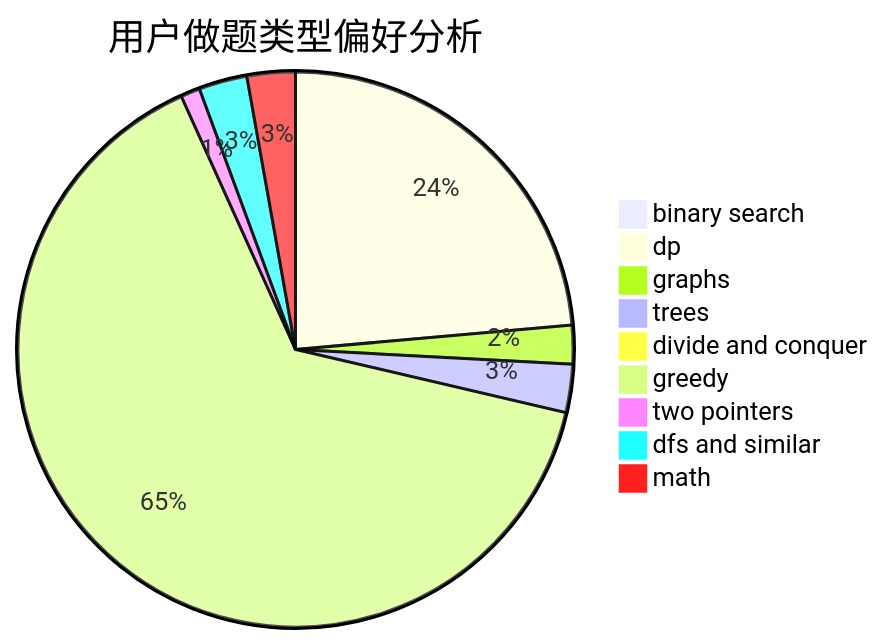
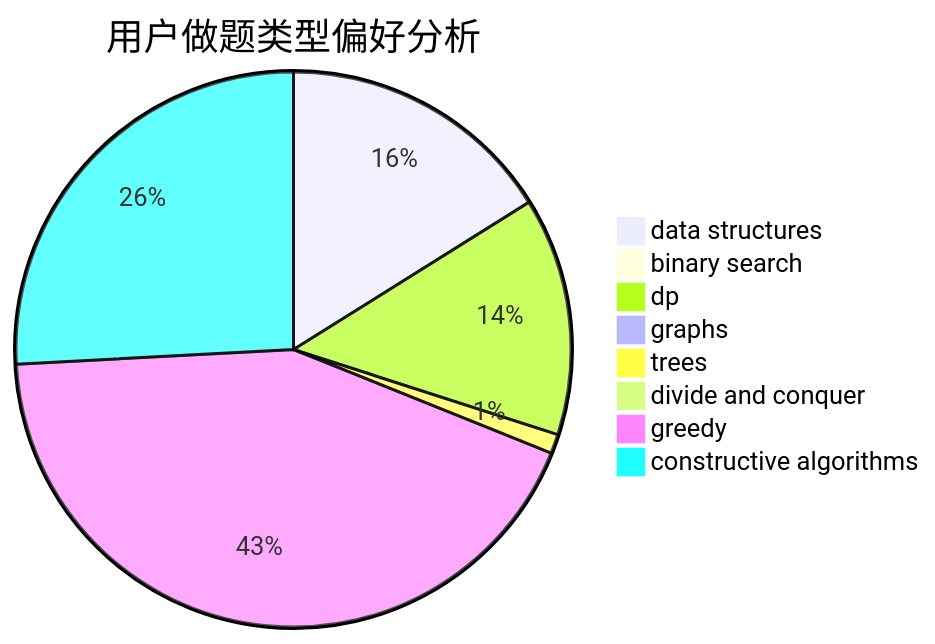
One commit to sherpahu/cfrs.github.io changed the second of 3 diagrams in docs/user/u1868.md. Above: the diagram before and after it, drawn with Mermaid. The commit also changed other lines of this file and 2775 other files, not shown here.

````diff
--- a/docs/user/u1868.md
+++ b/docs/user/u1868.md
@@ -23,12 +23,11 @@
 ```mermaid
 pie title 用户做题类型偏好分析
+    "data structures" :  43
     "binary search" :  0
-    "dp" :  42
-    "graphs" :  4
-    "trees" :  5
+    "dp" :  37
+    "graphs" :  0
+    "trees" :  3
     "divide and conquer" :  0
     "greedy" :  115
-    "two pointers" :  2
-    "dfs and similar" :  5
-    "math" :  5
+    "constructive algorithms" :  69
 ```
````
